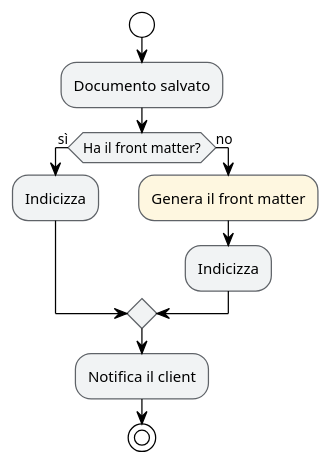
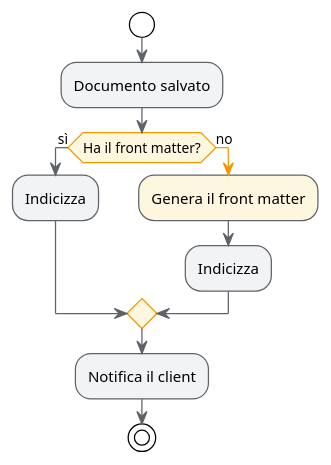
Before and after one commit to salaroglio/MdExplorer: the first of 6 diagrams in MdExplorer/skills/mde-plantuml/SKILL.md, drawn with PlantUML. The commit also changed other lines of this file and 1 other file, not shown here.

First line of the commit message:
feat(skills): mde-plantuml — colore dettagliato per tipo di diagramma e mindmap

````diff
--- a/MdExplorer/skills/mde-plantuml/SKILL.md
+++ b/MdExplorer/skills/mde-plantuml/SKILL.md
@@ -101,18 +187,22 @@
 ```plantuml
 @startuml
 !theme plain
 skinparam ActivityBackgroundColor #F1F3F4
 skinparam ActivityBorderColor #5F6368
+skinparam ActivityDiamondBackgroundColor #FEF7E0
+skinparam ActivityDiamondBorderColor #F29900
+skinparam ArrowColor #5F6368
 
 start
 :Documento salvato;
 if (Ha il front matter?) then (sì)
   :Indicizza;
 else (no)
+  -[#F29900]->
   #FEF7E0:Genera il front matter;
   :Indicizza;
 endif
 :Notifica il client;
 stop
 @enduml
 ```
````
